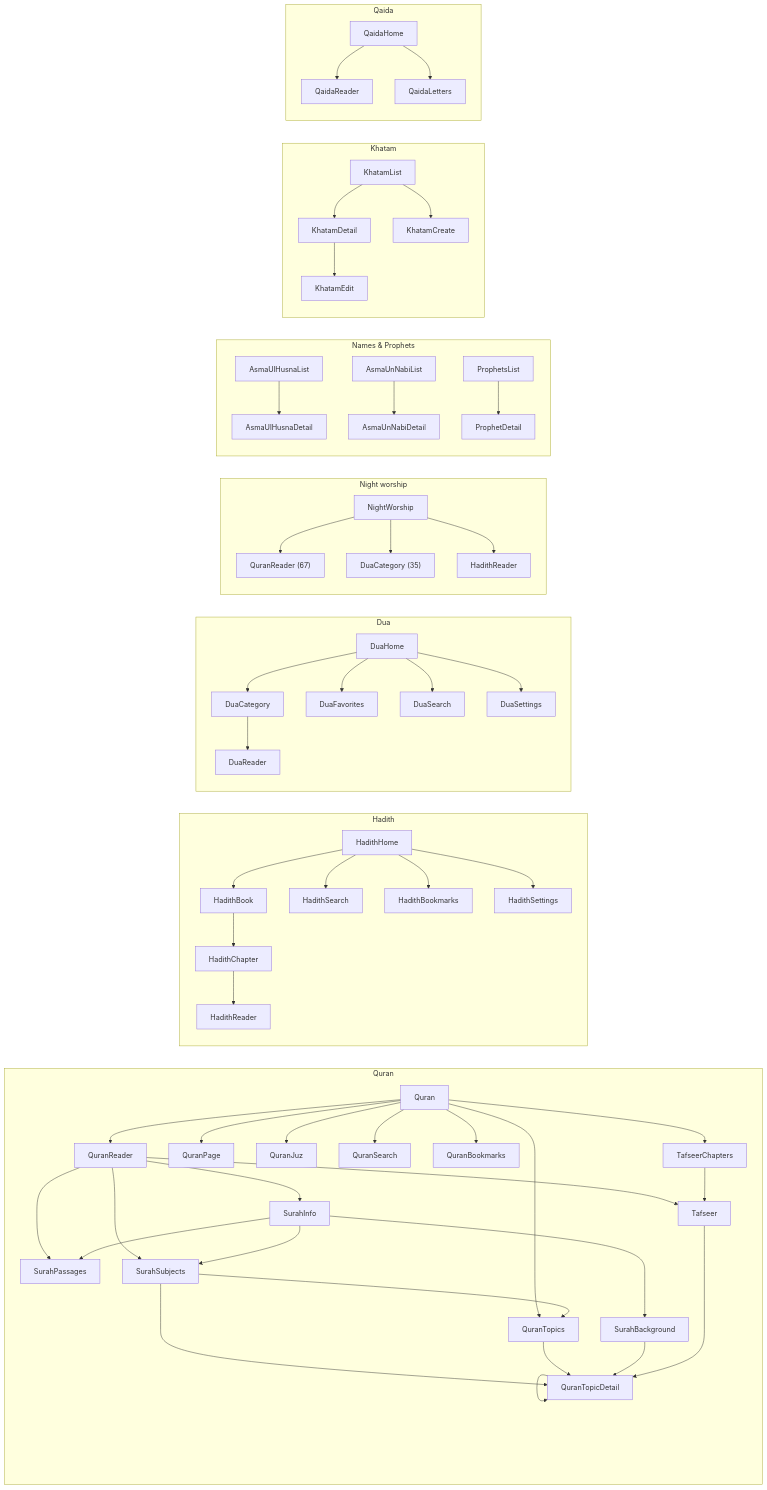
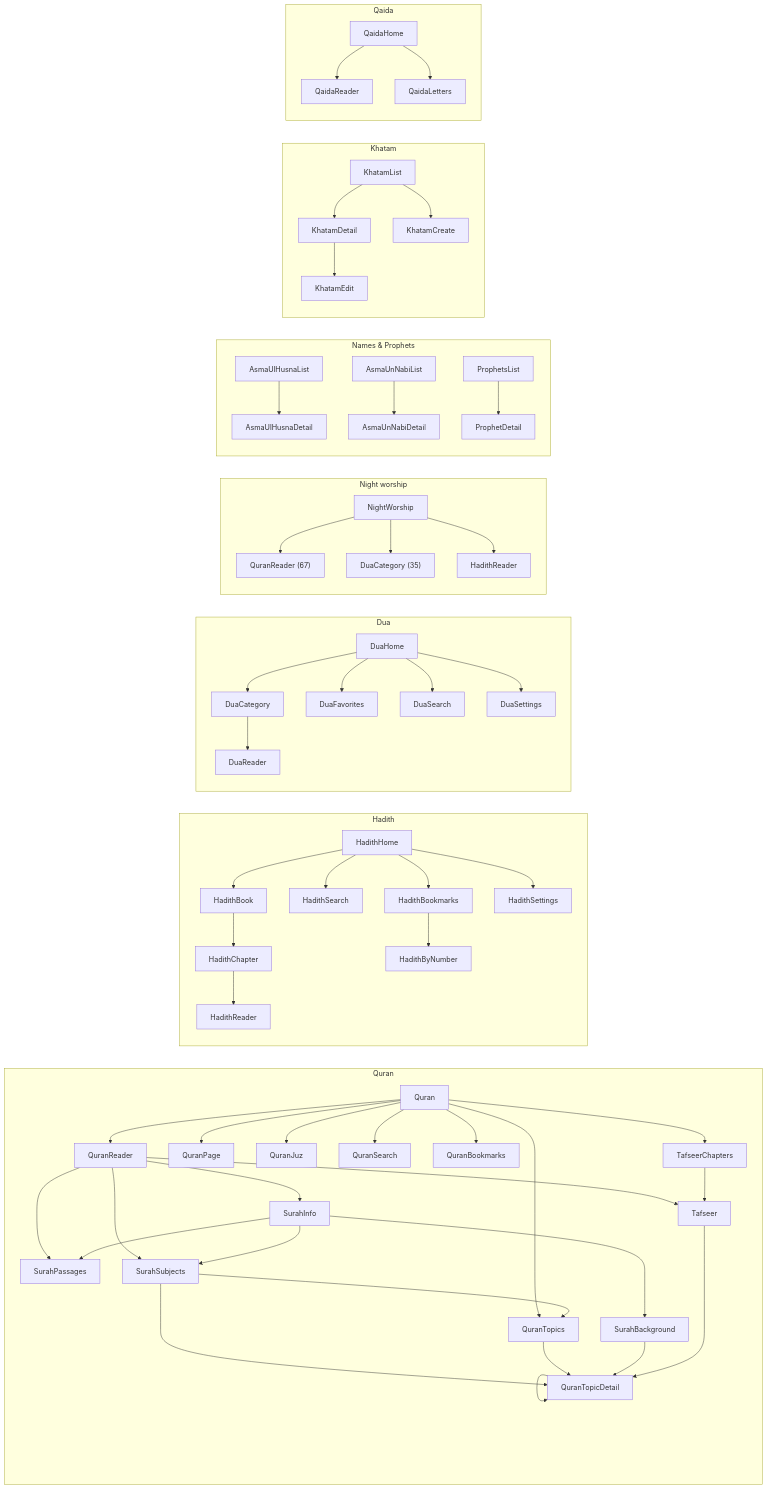
Before and after one commit to arshad-shah/Nimaz: the second of 4 diagrams in docs/NAVIGATION.md, drawn with Mermaid. The commit also changed other lines of this file and 9 other files, not shown here.

````diff
--- a/docs/NAVIGATION.md
+++ b/docs/NAVIGATION.md
@@ -85,44 +85,45 @@
 ```mermaid
 flowchart LR
     subgraph Q["Quran"]
         QuranHub[Quran] --> QuranReader & QuranPage & QuranJuz & QuranSearch & QuranBookmarks
         QuranHub --> QuranTopics & TafseerChapters
         QuranReader --> SurahInfo & Tafseer & SurahPassages & SurahSubjects
         SurahInfo --> SurahBackground & SurahPassages & SurahSubjects
         SurahSubjects --> QuranTopicDetail & QuranTopics
         TafseerChapters --> Tafseer
         QuranTopics --> QuranTopicDetail
         SurahBackground --> QuranTopicDetail
         Tafseer --> QuranTopicDetail
         QuranTopicDetail --> QuranTopicDetail
     end
 
     subgraph H["Hadith"]
         HadithHome --> HadithBook --> HadithChapter --> HadithReader
         HadithHome --> HadithSearch & HadithBookmarks & HadithSettings
+        HadithBookmarks --> HadithByNumber
     end
 
     subgraph D["Dua"]
         DuaHome --> DuaCategory --> DuaReader
         DuaHome --> DuaFavorites & DuaSearch & DuaSettings
     end
 
     subgraph NW["Night worship"]
         NightWorship --> QuranReader2["QuranReader (67)"] & DuaCategory2["DuaCategory (35)"] & HadithReader2["HadithReader"]
     end
 
     subgraph Names["Names & Prophets"]
         AsmaUlHusnaList --> AsmaUlHusnaDetail
         AsmaUnNabiList --> AsmaUnNabiDetail
         ProphetsList --> ProphetDetail
     end
 
     subgraph Kh["Khatam"]
         KhatamList --> KhatamDetail & KhatamCreate
         KhatamDetail --> KhatamEdit
     end
 
     subgraph Qaida["Qaida"]
         QaidaHome --> QaidaReader & QaidaLetters
     end
 ```
````
